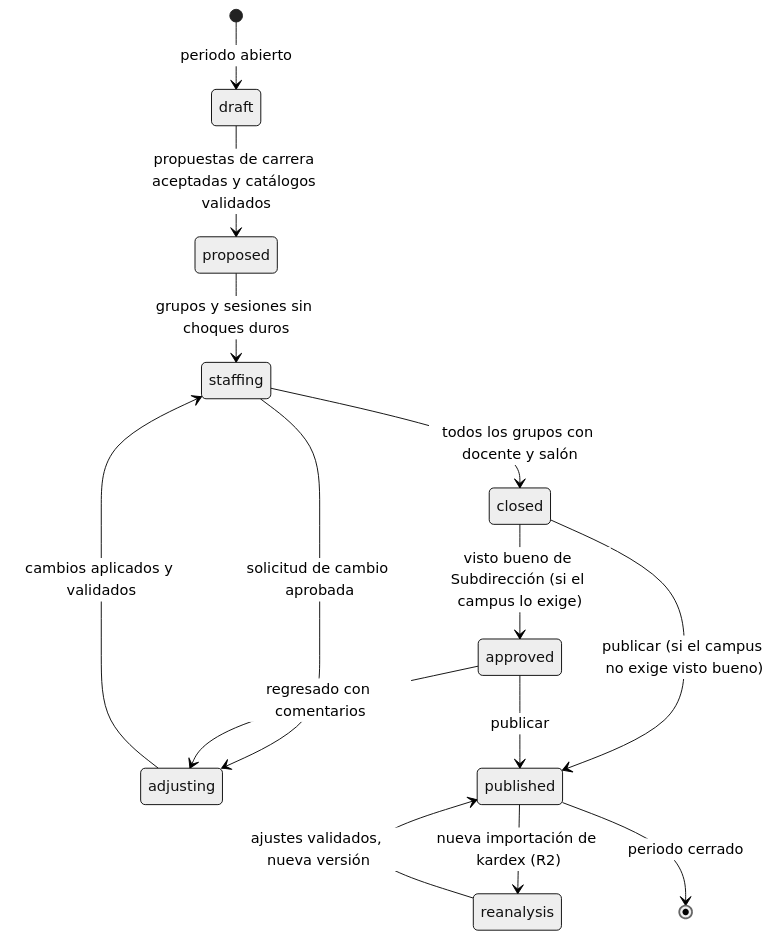
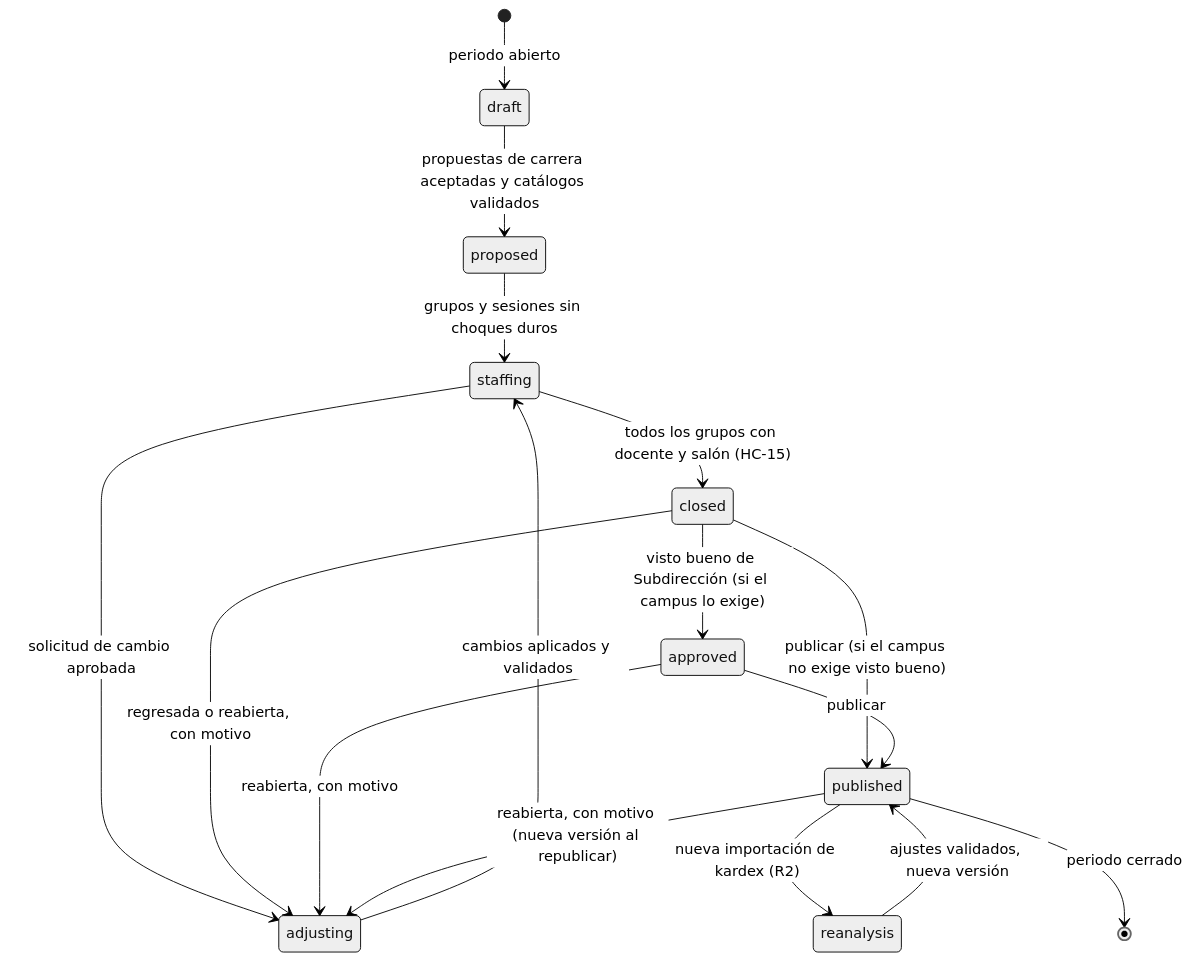
One commit to Erne1357/nexus changed the second of 4 diagrams in docs/proceso/proceso-propuesto.md. Above: the diagram before and after it, drawn with Mermaid (neutral theme). The commit also changed other lines of this file and 14 other files, not shown here.

````diff
--- a/docs/proceso/proceso-propuesto.md
+++ b/docs/proceso/proceso-propuesto.md
@@ -103,16 +104,18 @@
 ```mermaid
 stateDiagram-v2
     [*] --> draft : periodo abierto
     draft --> proposed : propuestas de carrera aceptadas y catálogos validados
     proposed --> staffing : grupos y sesiones sin choques duros
     staffing --> adjusting : solicitud de cambio aprobada
     adjusting --> staffing : cambios aplicados y validados
-    staffing --> closed : todos los grupos con docente y salón
+    staffing --> closed : todos los grupos con docente y salón (HC-15)
     closed --> approved : visto bueno de Subdirección (si el campus lo exige)
     closed --> published : publicar (si el campus no exige visto bueno)
+    closed --> adjusting : regresada o reabierta, con motivo
     approved --> published : publicar
-    approved --> adjusting : regresado con comentarios
+    approved --> adjusting : reabierta, con motivo
+    published --> adjusting : reabierta, con motivo (nueva versión al republicar)
     published --> reanalysis : nueva importación de kardex (R2)
     reanalysis --> published : ajustes validados, nueva versión
     published --> [*] : periodo cerrado
 ```
````
